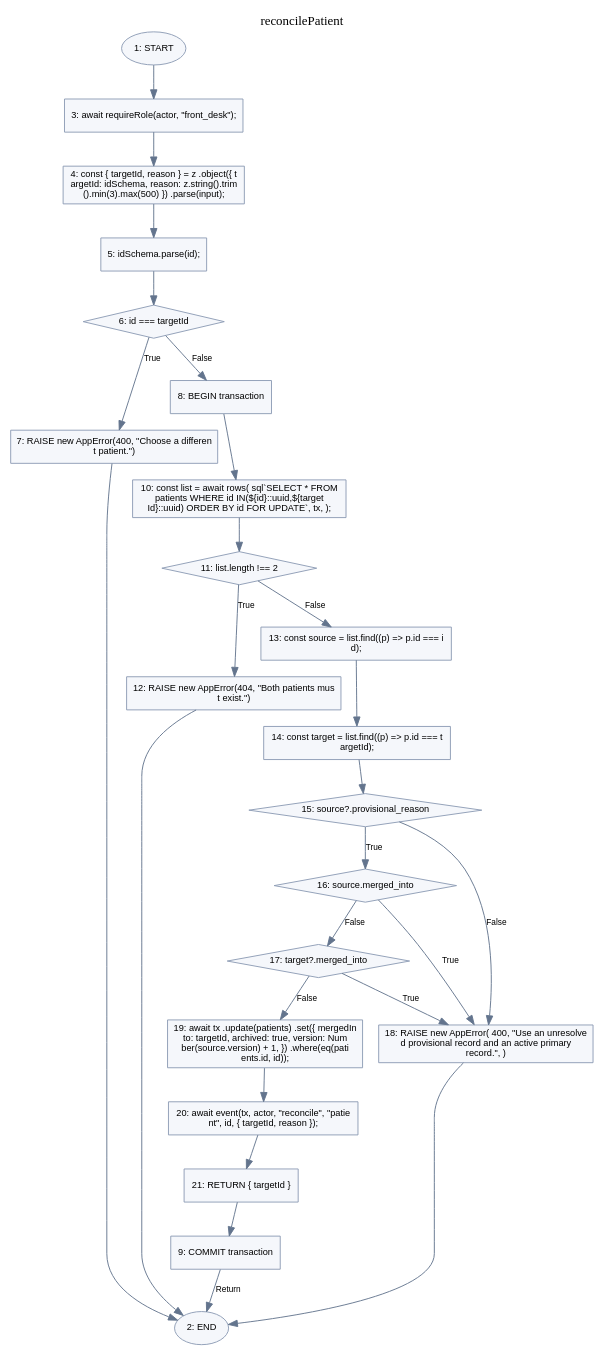
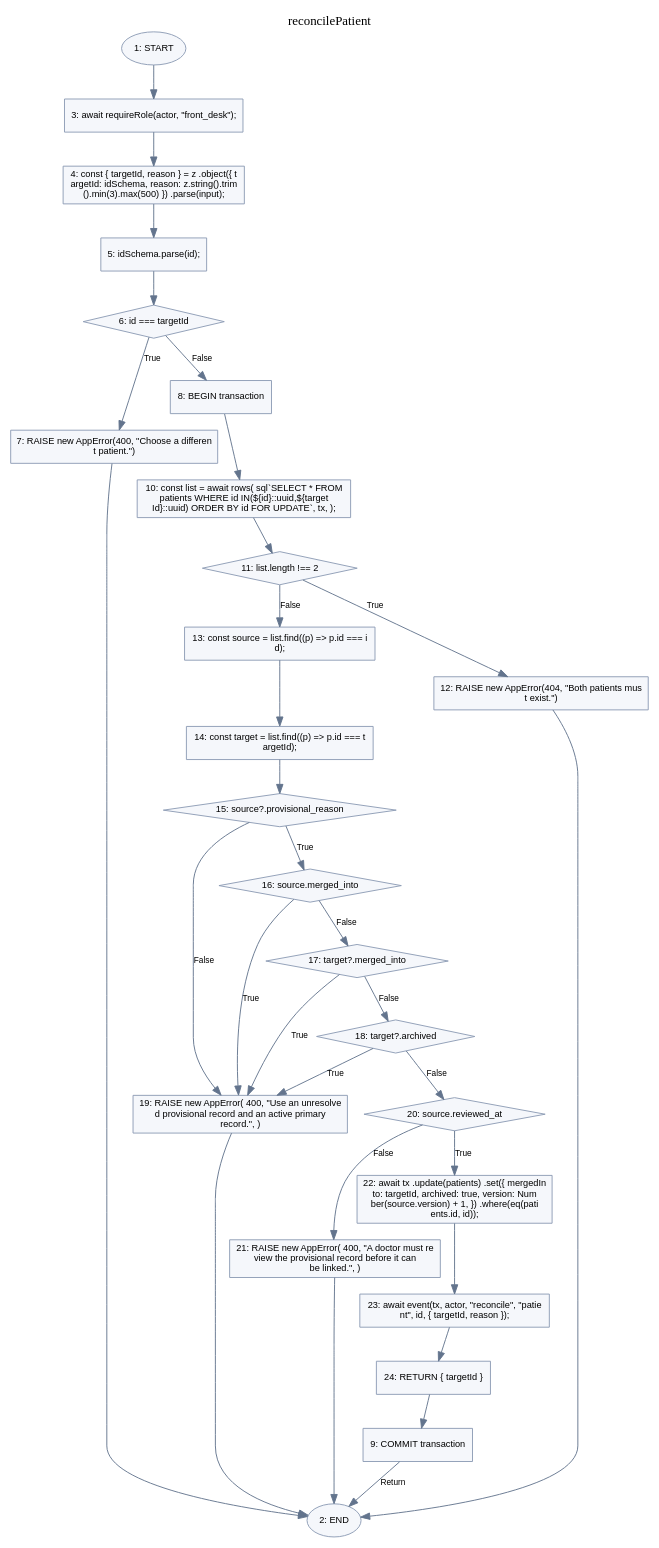
Before and after one commit to starvedsins/practicechart-ehr: the diagram in docs/diagrams/cfg/reconcilePatient.dot, drawn with Graphviz. The commit also changed 105 other files, not shown here.

```diff
--- a/docs/diagrams/cfg/reconcilePatient.dot
+++ b/docs/diagrams/cfg/reconcilePatient.dot
@@ -1,45 +1,53 @@
 digraph reconcilePatient { graph [label="reconcilePatient",labelloc=t,rankdir=TB,bgcolor="white"];node [fontname="Arial",fontsize=10,style=filled,fillcolor="#f5f7fb",color="#8c9bb4"];edge [fontname="Arial",fontsize=9,color="#63748d"];n1[shape=oval,label="1: START"];
 n2[shape=oval,label="2: END"];
 n3[shape=box,label="3: await requireRole(actor, \"front_desk\");"];
 n4[shape=box,label="4: const { targetId, reason } = z .object({ t\nargetId: idSchema, reason: z.string().trim\n().min(3).max(500) }) .parse(input);"];
 n5[shape=box,label="5: idSchema.parse(id);"];
 n6[shape=diamond,label="6: id === targetId"];
 n7[shape=box,label="7: RAISE new AppError(400, \"Choose a differen\nt patient.\")"];
 n8[shape=box,label="8: BEGIN transaction"];
 n9[shape=box,label="9: COMMIT transaction"];
 n10[shape=box,label="10: const list = await rows( sql`SELECT * FROM\n patients WHERE id IN(${id}::uuid,${target\nId}::uuid) ORDER BY id FOR UPDATE`, tx, );\n"];
 n11[shape=diamond,label="11: list.length !== 2"];
 n12[shape=box,label="12: RAISE new AppError(404, \"Both patients mus\nt exist.\")"];
 n13[shape=box,label="13: const source = list.find((p) => p.id === i\nd);"];
 n14[shape=box,label="14: const target = list.find((p) => p.id === t\nargetId);"];
 n15[shape=diamond,label="15: source?.provisional_reason"];
 n16[shape=diamond,label="16: source.merged_into"];
 n17[shape=diamond,label="17: target?.merged_into"];
-n18[shape=box,label="18: RAISE new AppError( 400, \"Use an unresolve\nd provisional record and an active primary\n record.\", )"];
-n19[shape=box,label="19: await tx .update(patients) .set({ mergedIn\nto: targetId, archived: true, version: Num\nber(source.version) + 1, }) .where(eq(pati\nents.id, id));"];
-n20[shape=box,label="20: await event(tx, actor, \"reconcile\", \"patie\nnt\", id, { targetId, reason });"];
-n21[shape=box,label="21: RETURN { targetId }"];n1->n3[label=""];
+n18[shape=diamond,label="18: target?.archived"];
+n19[shape=box,label="19: RAISE new AppError( 400, \"Use an unresolve\nd provisional record and an active primary\n record.\", )"];
+n20[shape=diamond,label="20: source.reviewed_at"];
+n21[shape=box,label="21: RAISE new AppError( 400, \"A doctor must re\nview the provisional record before it can \nbe linked.\", )"];
+n22[shape=box,label="22: await tx .update(patients) .set({ mergedIn\nto: targetId, archived: true, version: Num\nber(source.version) + 1, }) .where(eq(pati\nents.id, id));"];
+n23[shape=box,label="23: await event(tx, actor, \"reconcile\", \"patie\nnt\", id, { targetId, reason });"];
+n24[shape=box,label="24: RETURN { targetId }"];n1->n3[label=""];
 n3->n4[label=""];
 n4->n5[label=""];
 n5->n6[label=""];
 n6->n7[label="True"];
 n7->n2[label=""];
 n6->n8[label="False"];
 n8->n10[label=""];
 n10->n11[label=""];
 n11->n12[label="True"];
 n12->n2[label=""];
 n11->n13[label="False"];
 n13->n14[label=""];
 n14->n15[label=""];
 n15->n16[label="True"];
 n16->n17[label="False"];
-n15->n18[label="False"];
-n16->n18[label="True"];
-n17->n18[label="True"];
-n18->n2[label=""];
-n17->n19[label="False"];
-n19->n20[label=""];
-n20->n21[label=""];
-n21->n9[label=""];
+n17->n18[label="False"];
+n15->n19[label="False"];
+n16->n19[label="True"];
+n17->n19[label="True"];
+n18->n19[label="True"];
+n19->n2[label=""];
+n18->n20[label="False"];
+n20->n21[label="False"];
+n21->n2[label=""];
+n20->n22[label="True"];
+n22->n23[label=""];
+n23->n24[label=""];
+n24->n9[label=""];
 n9->n2[label="Return"];}
```
